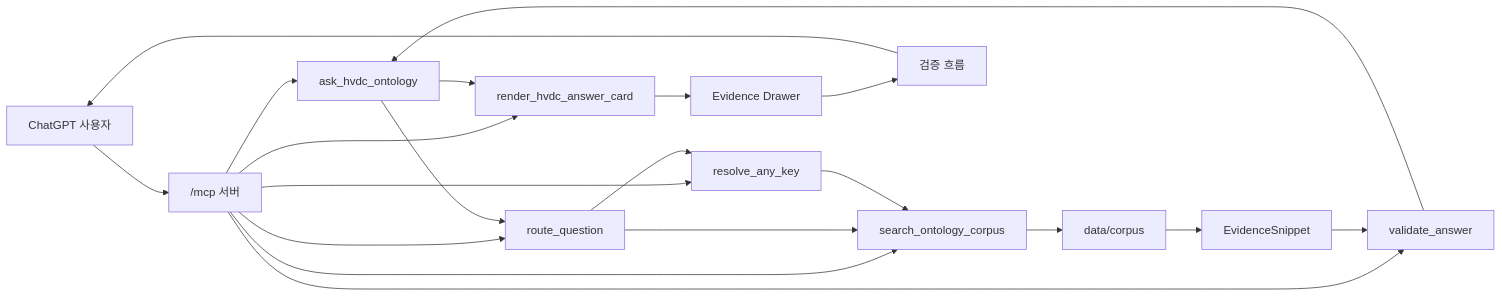
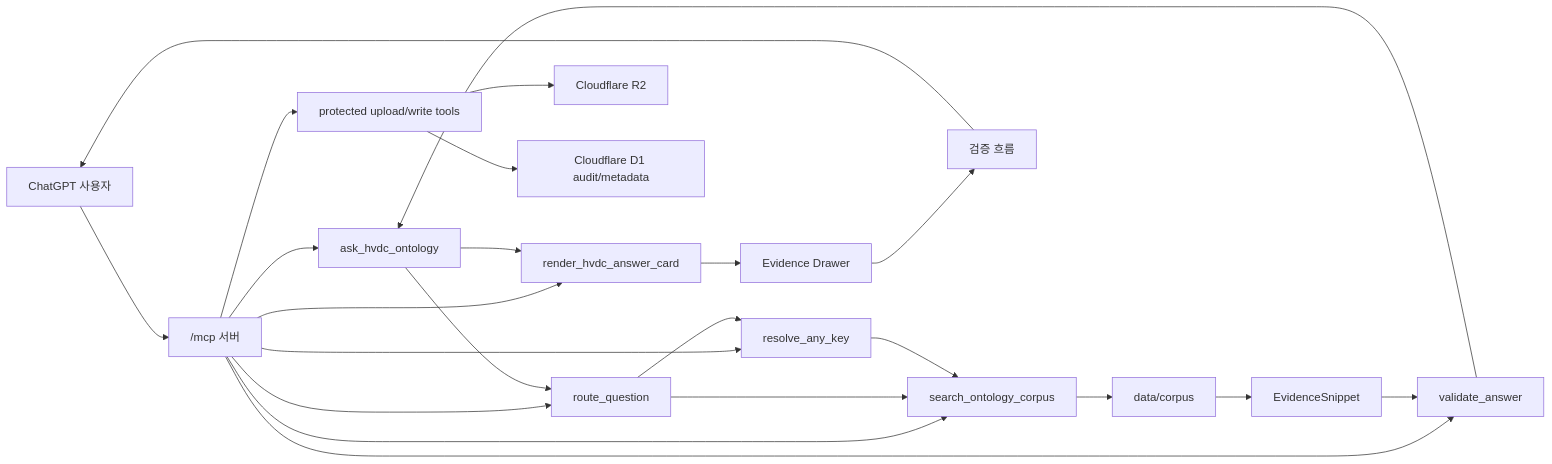
The diagram in README.md (macho715/SCT_ONTOLOGY), drawn with Mermaid before and after one commit. The commit also changed other lines of this file and 23 other files, not shown here.

Commit message:
Add protected MCP upload and write tools

````diff
--- a/README.md
+++ b/README.md
@@ -76,22 +89,25 @@
 ```mermaid
 flowchart LR
   User["ChatGPT 사용자"] --> Mcp["/mcp 서버"]
   Mcp --> Ask["ask_hvdc_ontology"]
   Mcp --> Render["render_hvdc_answer_card"]
   Mcp --> Route["route_question"]
   Mcp --> Search["search_ontology_corpus"]
   Mcp --> Resolve["resolve_any_key"]
   Mcp --> Validate["validate_answer"]
+  Mcp --> UploadWrite["protected upload/write tools"]
   Ask --> Route
   Route --> Search
   Route --> Resolve
   Resolve --> Search
   Search --> Corpus["data/corpus"]
   Corpus --> Evidence["EvidenceSnippet"]
   Evidence --> Validate
   Validate --> Ask
   Ask --> Render
+  UploadWrite --> R2["Cloudflare R2"]
+  UploadWrite --> D1["Cloudflare D1 audit/metadata"]
   Render --> Drawer["Evidence Drawer"]
   Drawer --> Review["검증 흐름"]
   Review --> User
 ```
````
